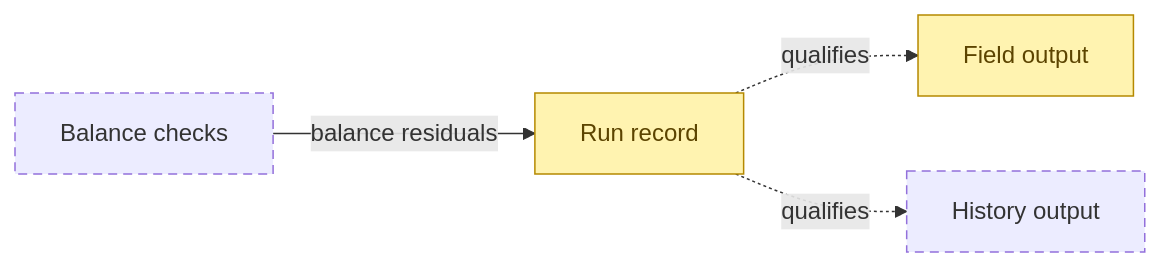
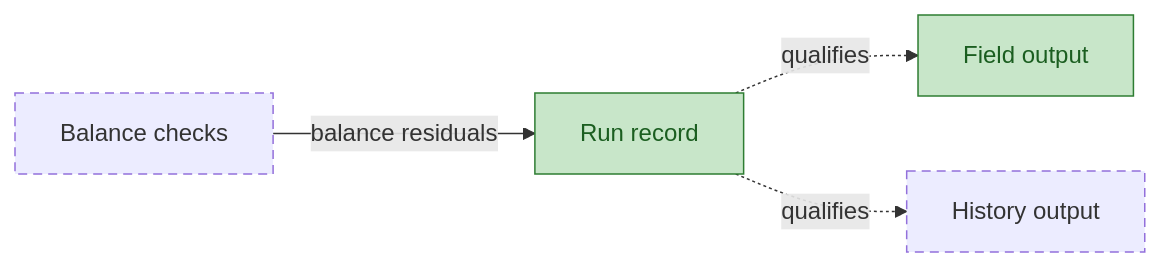
Before and after one commit to aurja130/URUS: diagram 15 of 16 in Planning/DBC/CONCEPTS.md, drawn with Mermaid. The commit also changed other lines of this file and 19 other files, not shown here.

````diff
--- a/Planning/DBC/CONCEPTS.md
+++ b/Planning/DBC/CONCEPTS.md
@@ -371,12 +398,12 @@
 ```mermaid
 flowchart LR
 classDef implemented fill:#c8e6c9,stroke:#2e7d32,color:#1b5e20
 classDef partial fill:#fff3b0,stroke:#b58900,color:#5c4400
 classDef planned stroke-dasharray:6 4
 classDef external fill:#eeeeee,stroke:#9e9e9e,stroke-dasharray:1 3,color:#616161
 BalanceChecks["Balance checks"] -->|balance residuals| RunRecord["Run record"]
 RunRecord -.->|qualifies| FieldOutput["Field output"]
 RunRecord -.->|qualifies| HistoryOutput["History output"]
 class BalanceChecks,HistoryOutput planned
-class RunRecord,FieldOutput partial
+class RunRecord,FieldOutput implemented
 ```
````
